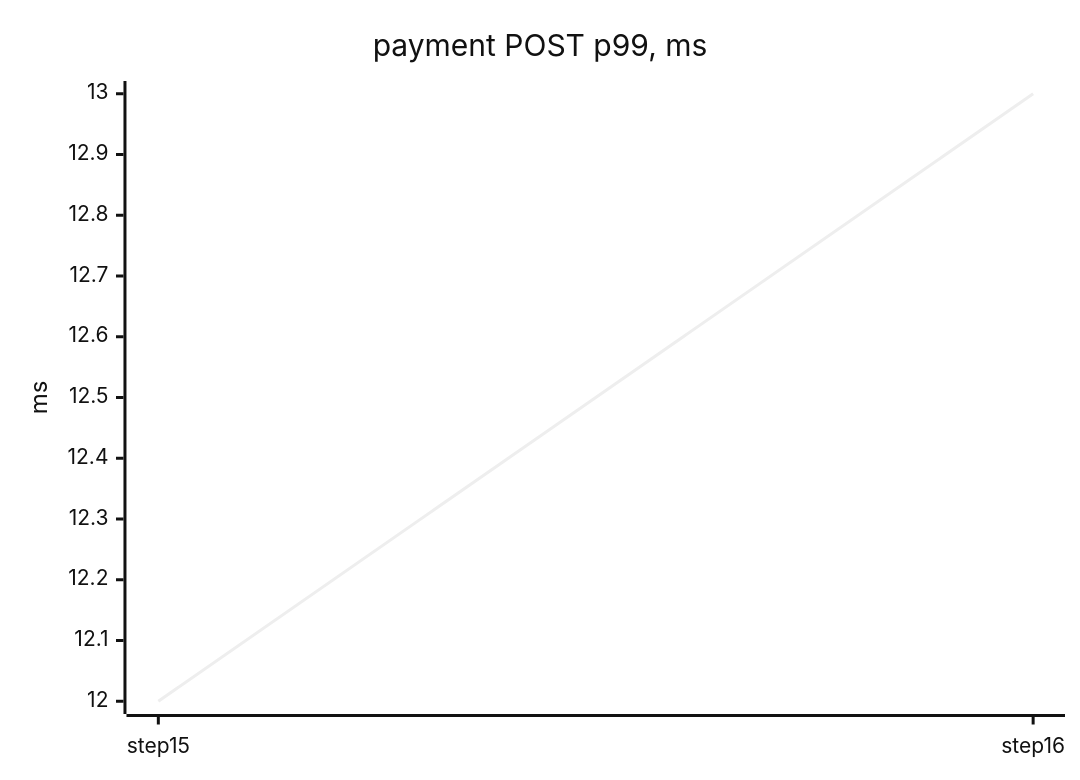
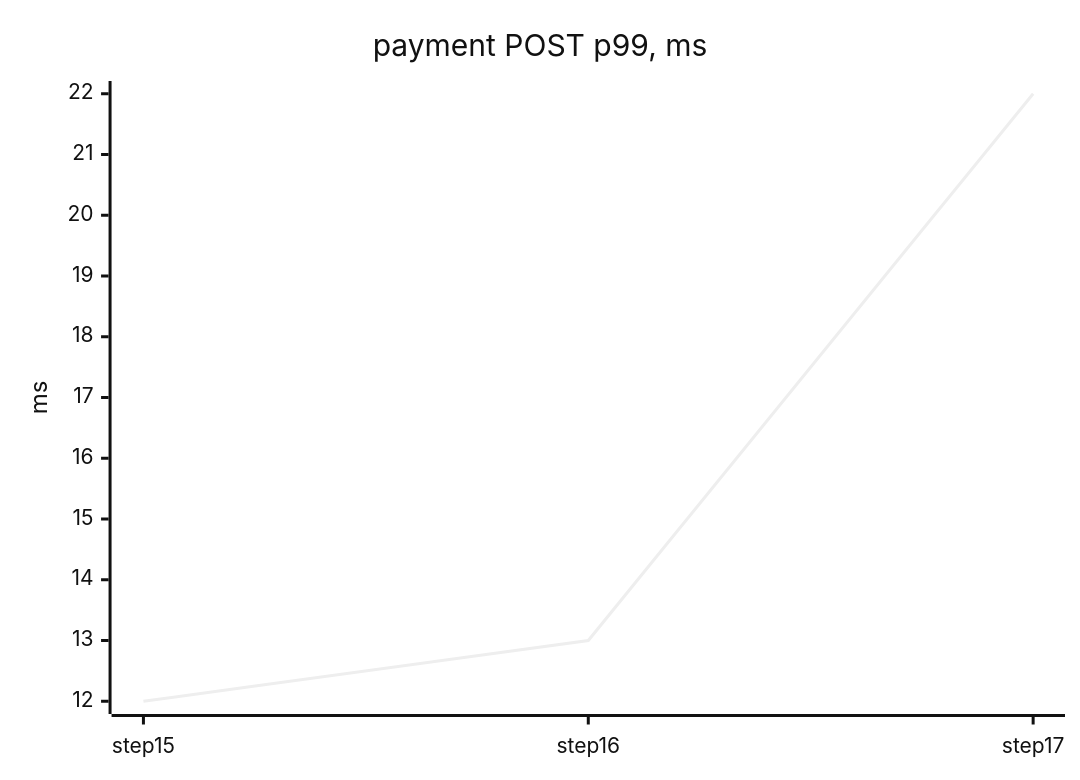
One commit to tanvoid0/ledgerflow changed the third of 4 diagrams in docs/perf/README.md. Above: the diagram before and after it, drawn with Mermaid (neutral theme). The commit also changed other lines of this file and 7 other files, not shown here.

````diff
--- a/docs/perf/README.md
+++ b/docs/perf/README.md
@@ -76,7 +79,7 @@
 ```mermaid
 xychart-beta
     title "payment POST p99, ms"
-    x-axis ["step15", "step16"]
+    x-axis ["step15", "step16", "step17"]
     y-axis "ms"
-    line [12, 13]
+    line [12, 13, 22]
 ```
````
